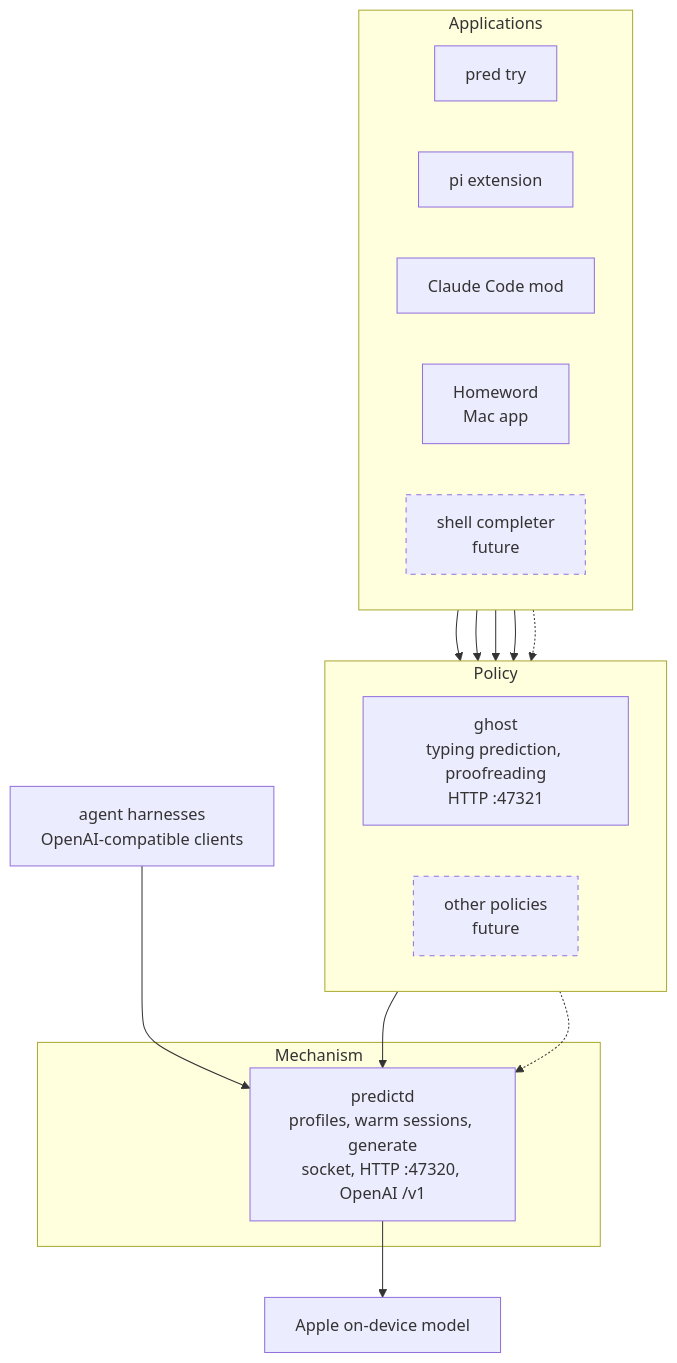
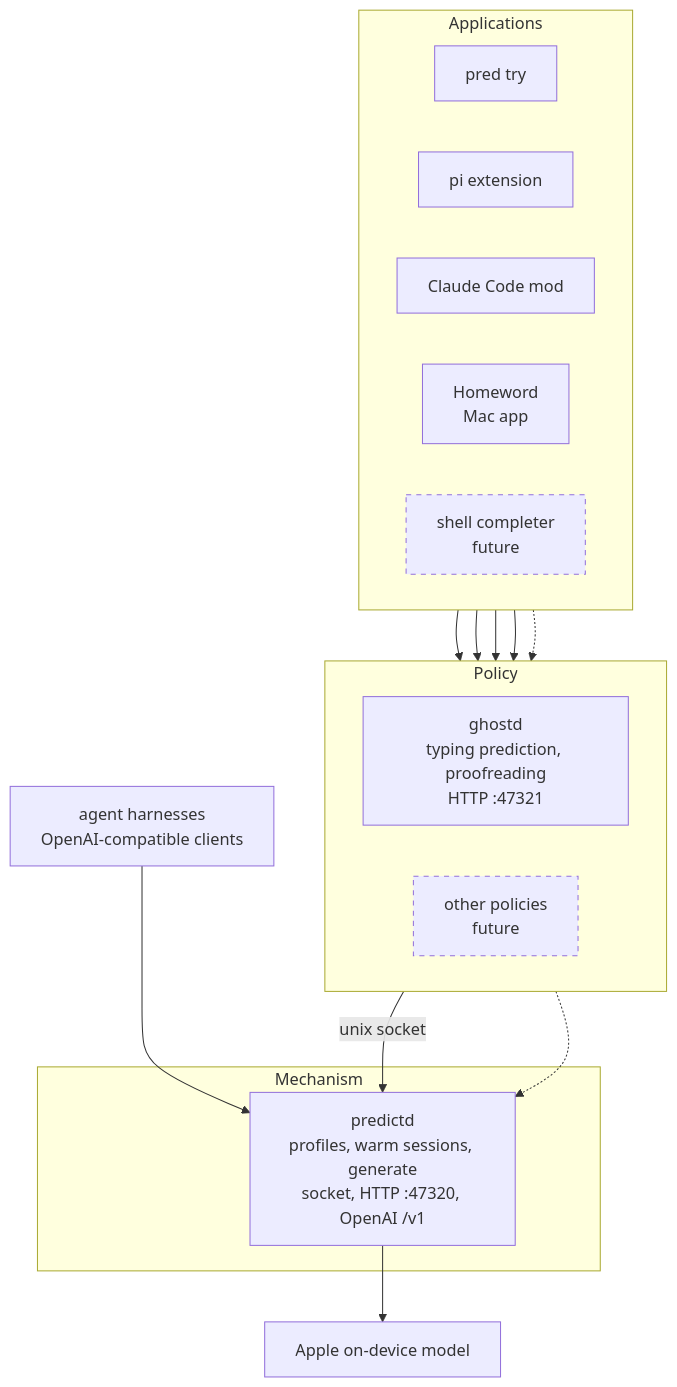
One commit to FreemanX/Homeword changed the diagram in README.md. Above: the diagram before and after it, drawn with Mermaid. The commit also changed other lines of this file and 11 other files, not shown here.

````diff
--- a/README.md
+++ b/README.md
@@ -46,31 +47,31 @@
 ```mermaid
 flowchart TB
     subgraph apps["Applications"]
         direction LR
         try["pred try"]
         pi["pi extension"]
         cc["Claude Code mod"]
         mac["Homeword<br/>Mac app"]
         next["shell completer<br/>future"]:::future
     end
     subgraph policy["Policy"]
         direction LR
-        ghost["ghost<br/>typing prediction, proofreading<br/>HTTP :47321"]
+        ghost["ghostd<br/>typing prediction, proofreading<br/>HTTP :47321"]
         other["other policies<br/>future"]:::future
     end
     subgraph mech["Mechanism"]
         predictd["predictd<br/>profiles, warm sessions, generate<br/>socket, HTTP :47320, OpenAI /v1"]
     end
     harness["agent harnesses<br/>OpenAI-compatible clients"]
     fm["Apple on-device model"]
     try --> ghost
     pi --> ghost
     cc --> ghost
     mac --> ghost
     next -.-> ghost
-    ghost --> predictd
+    ghost -->|"unix socket"| predictd
     other -.-> predictd
     harness --> predictd
     predictd --> fm
     classDef future stroke-dasharray: 5 5
 ```
````
